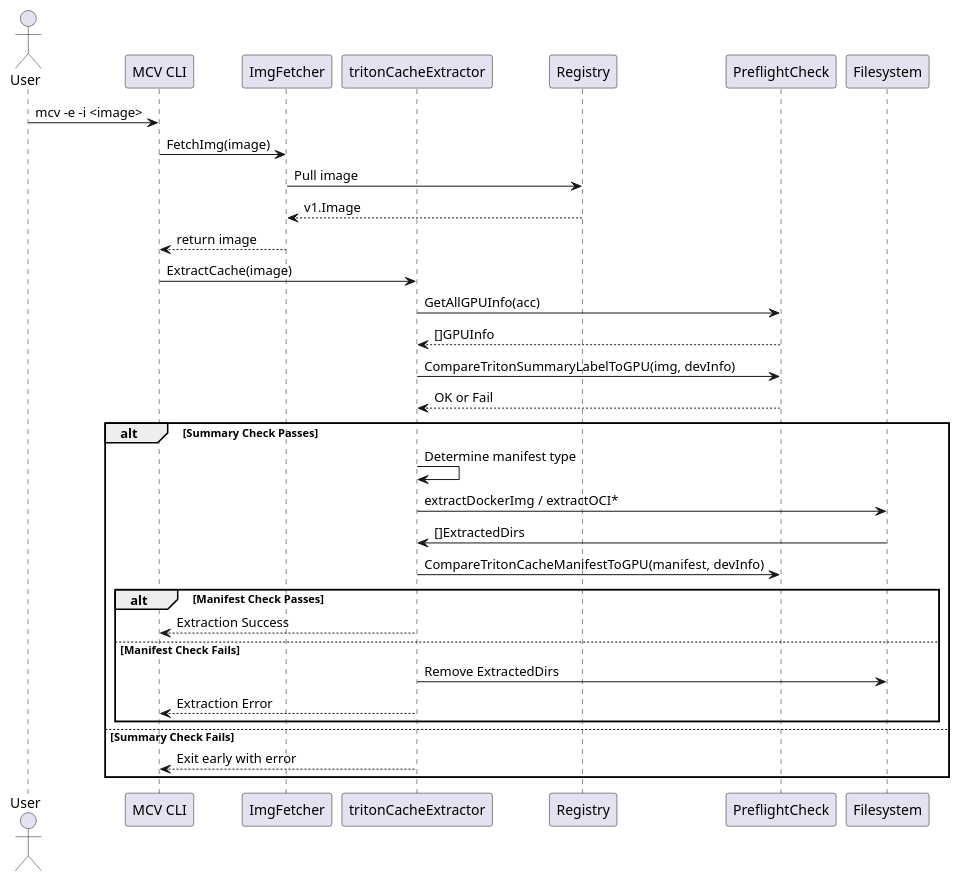
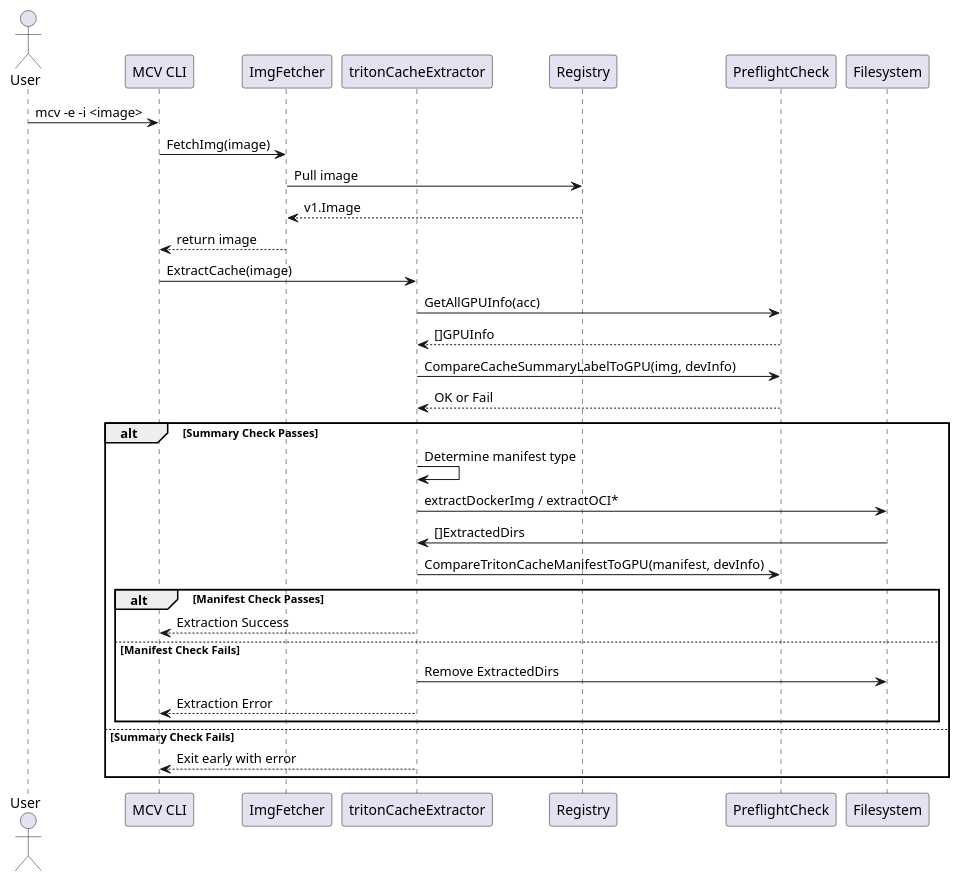
One commit to redhat-et/GKM changed the diagram in docs/puml/extract.puml. Above: the diagram before and after it, drawn with PlantUML. The commit also changed 11 other files, not shown here.

```diff
--- a/docs/puml/extract.puml
+++ b/docs/puml/extract.puml
@@ -1,38 +1,38 @@
 @startuml
 actor User
 participant "MCV CLI" as CLI
 participant "ImgFetcher" as Fetcher
 participant "tritonCacheExtractor" as Extractor
 participant "Registry" as Registry
 participant "PreflightCheck" as Check
 participant "Filesystem" as FS
 
 User -> CLI : mcv -e -i <image>
 CLI -> Fetcher : FetchImg(image)
 Fetcher -> Registry : Pull image
 Registry --> Fetcher : v1.Image
 Fetcher --> CLI : return image
 
 CLI -> Extractor : ExtractCache(image)
 Extractor -> Check : GetAllGPUInfo(acc)
 Check --> Extractor : []GPUInfo
 
-Extractor -> Check : CompareTritonSummaryLabelToGPU(img, devInfo)
+Extractor -> Check : CompareCacheSummaryLabelToGPU(img, devInfo)
 Check --> Extractor : OK or Fail
 
 alt Summary Check Passes
     Extractor -> Extractor : Determine manifest type
     Extractor -> FS : extractDockerImg / extractOCI*
 
     FS -> Extractor : []ExtractedDirs
     Extractor -> Check : CompareTritonCacheManifestToGPU(manifest, devInfo)
     alt Manifest Check Passes
         Extractor --> CLI : Extraction Success
     else Manifest Check Fails
         Extractor -> FS : Remove ExtractedDirs
         Extractor --> CLI : Extraction Error
     end
 else Summary Check Fails
     Extractor --> CLI : Exit early with error
 end
 @enduml
```
